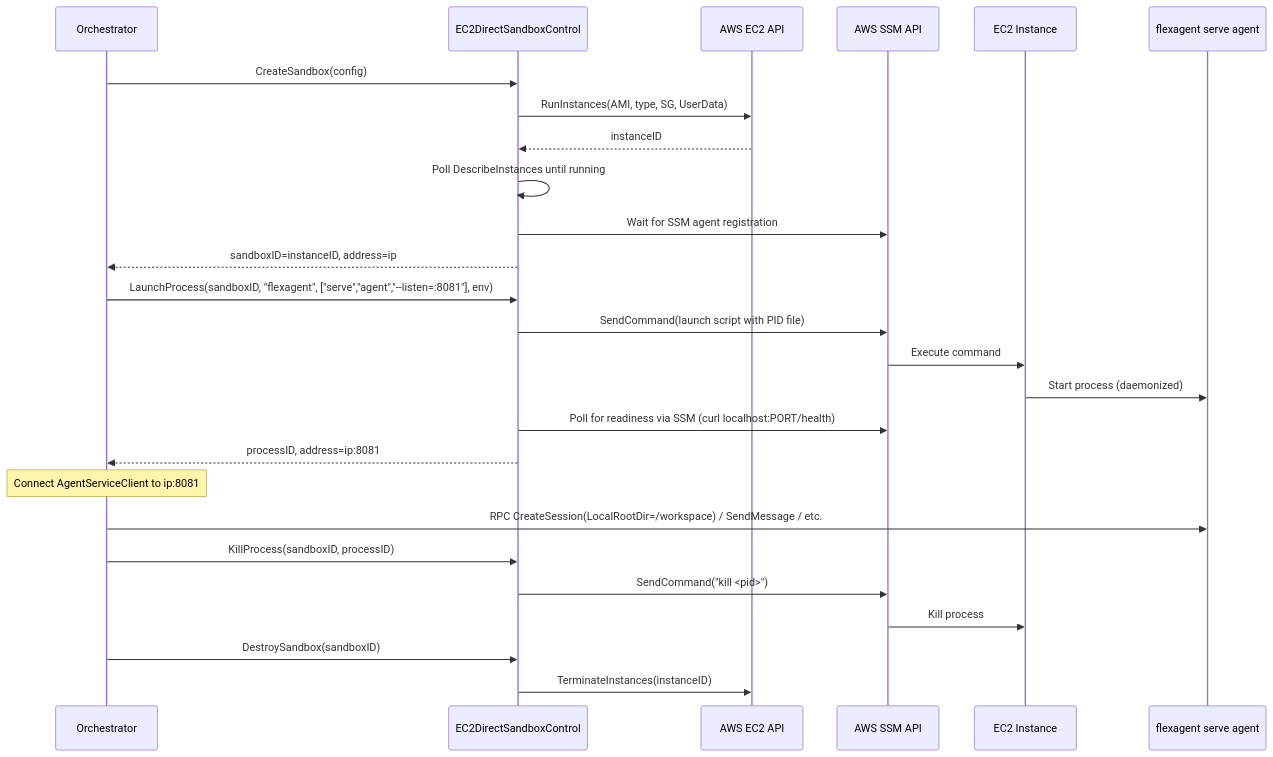
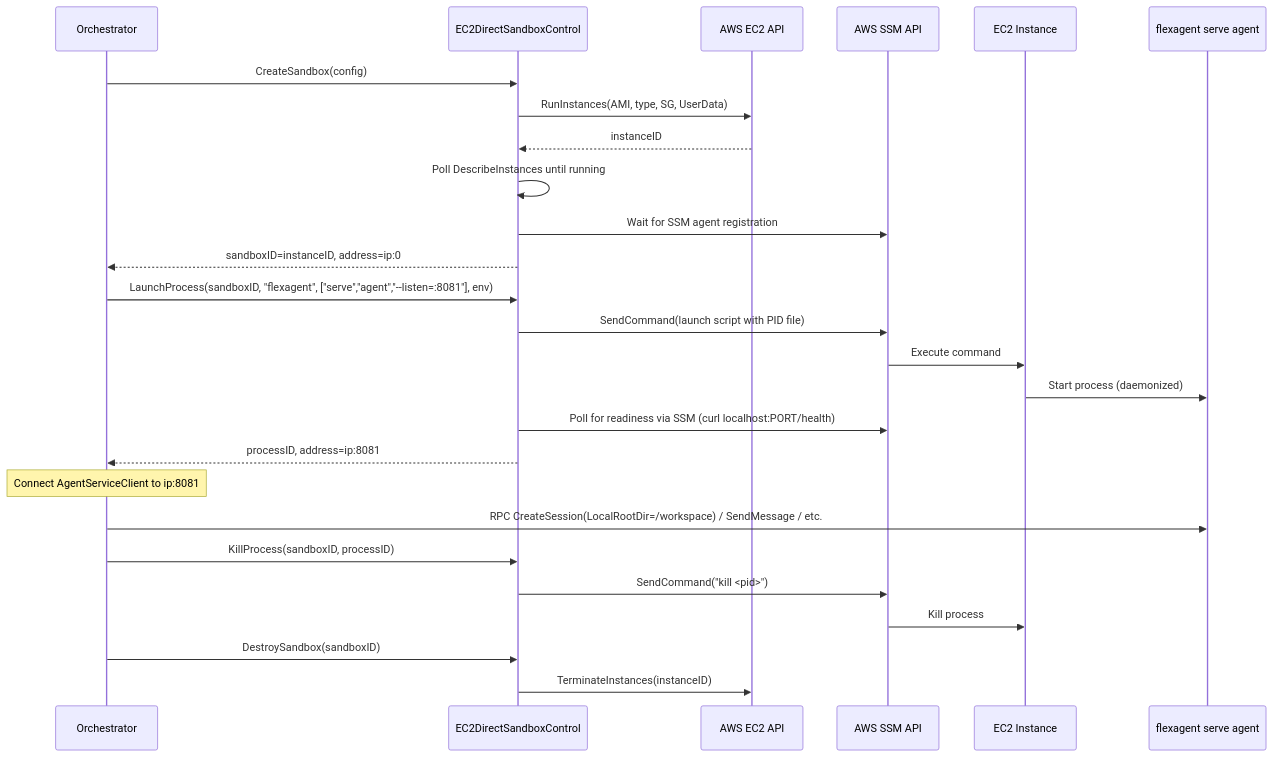
One commit to dcosson/flex-agent-runtime changed the second of 3 diagrams in docs/plans/19-ec2-direct-adapter.md. Above: the diagram before and after it, drawn with Mermaid. The commit also changed other lines of this file, not shown here.

````diff
--- a/docs/plans/19-ec2-direct-adapter.md
+++ b/docs/plans/19-ec2-direct-adapter.md
@@ -102,33 +102,33 @@
 ```mermaid
 sequenceDiagram
     participant O as Orchestrator
     participant SC as EC2DirectSandboxControl
     participant EC2 as AWS EC2 API
     participant SSM as AWS SSM API
     participant I as EC2 Instance
     participant A as flexagent serve agent
 
     O->>SC: CreateSandbox(config)
     SC->>EC2: RunInstances(AMI, type, SG, UserData)
     EC2-->>SC: instanceID
     SC->>SC: Poll DescribeInstances until running
     SC->>SSM: Wait for SSM agent registration
-    SC-->>O: sandboxID=instanceID, address=ip
+    SC-->>O: sandboxID=instanceID, address=ip:0
 
     O->>SC: LaunchProcess(sandboxID, "flexagent", ["serve","agent","--listen=:8081"], env)
     SC->>SSM: SendCommand(launch script with PID file)
     SSM->>I: Execute command
     I->>A: Start process (daemonized)
     SC->>SSM: Poll for readiness via SSM (curl localhost:PORT/health)
     SC-->>O: processID, address=ip:8081
 
     Note over O: Connect AgentServiceClient to ip:8081
     O->>A: RPC CreateSession(LocalRootDir=/workspace) / SendMessage / etc.
 
     O->>SC: KillProcess(sandboxID, processID)
     SC->>SSM: SendCommand("kill <pid>")
     SSM->>I: Kill process
 
     O->>SC: DestroySandbox(sandboxID)
     SC->>EC2: TerminateInstances(instanceID)
 ```
````
